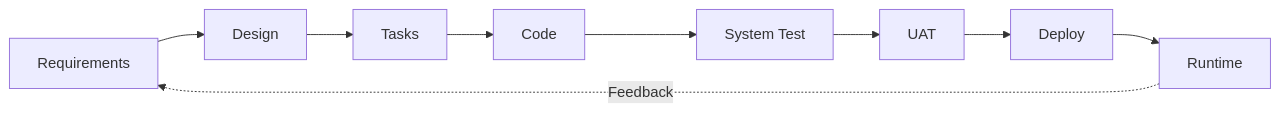
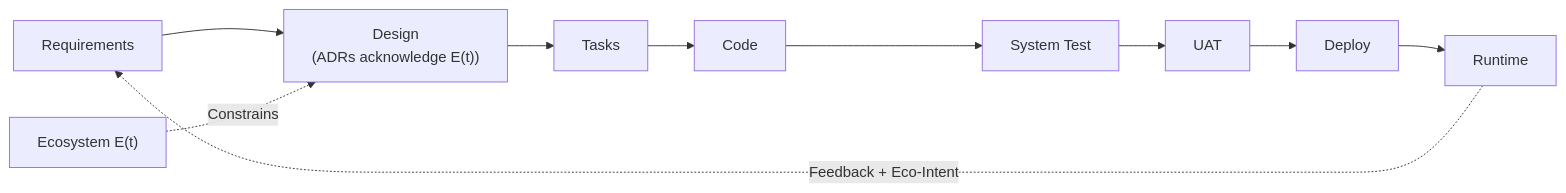
Before and after one commit to foolishimp/AI_SDLC_Context: the diagram in docs/ai_sdlc_overview.md, drawn with Mermaid. The commit also changed 1 other file, not shown here.

First paragraph of the commit message:
Update mermaid diagrams to reflect ecosystem integration
This commit adds minimal but essential ecosystem concepts to the main
methodology diagrams without over-complicating them.

````diff
--- a/docs/ai_sdlc_overview.md
+++ b/docs/ai_sdlc_overview.md
@@ -97,11 +97,13 @@
 ```mermaid
 flowchart LR
-    REQ["Requirements"] --> DES["Design"]
+    REQ["Requirements"] --> DES["Design
+    (ADRs acknowledge E(t))"]
     DES --> TASKS["Tasks"]
     TASKS --> CODE["Code"]
     CODE --> ST["System Test"]
     ST --> UAT["UAT"]
     UAT --> DEPLOY["Deploy"]
     DEPLOY --> RUNTIME["Runtime"]
-    RUNTIME -.->|"Feedback"| REQ
+    RUNTIME -.->|"Feedback + Eco-Intent"| REQ
+    ECO["Ecosystem E(t)"] -.->|"Constrains"| DES
 ```
````
